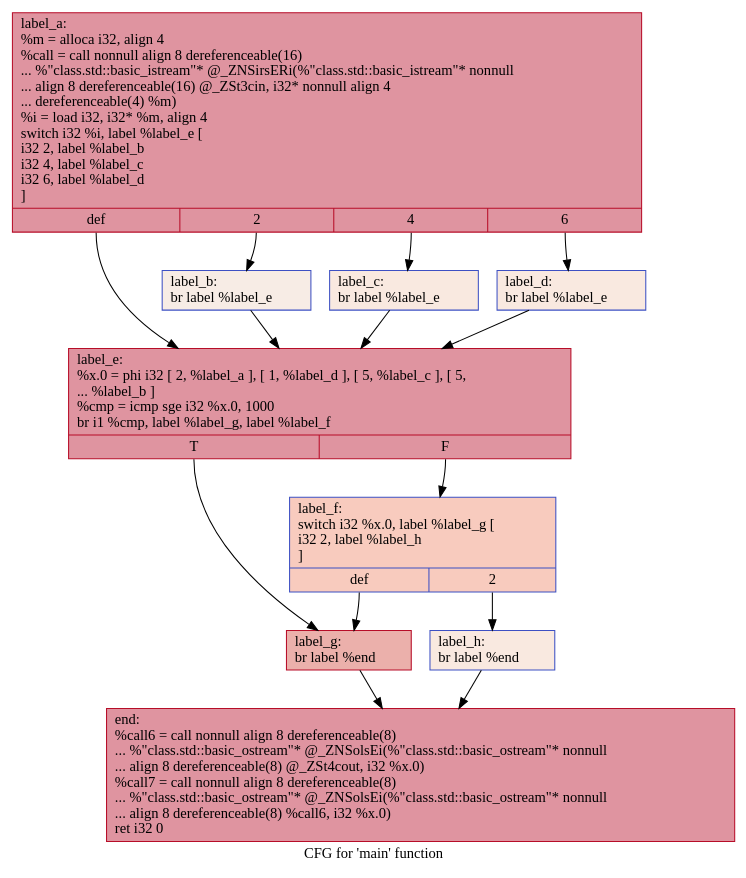
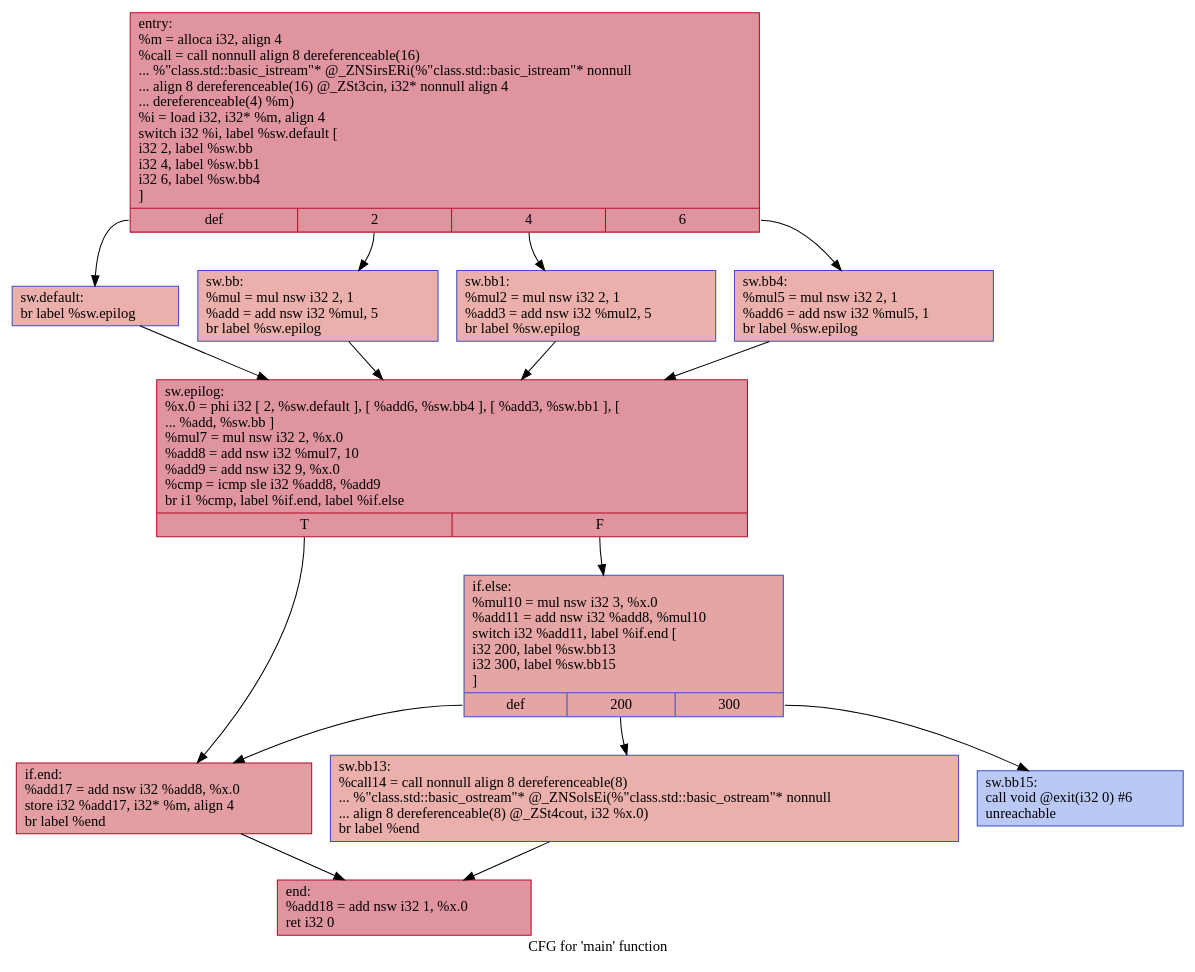
The diagram in IR/cfg/baseline.dot (HPSSA-LLVM/HPSSA-LLVM), drawn with Graphviz before and after one commit. The commit also changed 23 other files, not shown here.

```diff
--- a/IR/cfg/baseline.dot
+++ b/IR/cfg/baseline.dot
@@ -1,26 +1,30 @@
 digraph "CFG for 'main' function" {
 	label="CFG for 'main' function";
 
-	Node0x557325442e50 [shape=record,color="#b70d28ff", style=filled, fillcolor="#b70d2870",label="{label_a:\l  %m = alloca i32, align 4\l  %call = call nonnull align 8 dereferenceable(16)\l... %\"class.std::basic_istream\"* @_ZNSirsERi(%\"class.std::basic_istream\"* nonnull\l... align 8 dereferenceable(16) @_ZSt3cin, i32* nonnull align 4\l... dereferenceable(4) %m)\l  %i = load i32, i32* %m, align 4\l  switch i32 %i, label %label_e [\l    i32 2, label %label_b\l    i32 4, label %label_c\l    i32 6, label %label_d\l  ]\l|{<s0>def|<s1>2|<s2>4|<s3>6}}"];
-	Node0x557325442e50:s0 -> Node0x557325443290;
-	Node0x557325442e50:s1 -> Node0x557325443390;
-	Node0x557325442e50:s2 -> Node0x557325443490;
-	Node0x557325442e50:s3 -> Node0x557325443590;
-	Node0x557325443390 [shape=record,color="#3d50c3ff", style=filled, fillcolor="#ecd3c570",label="{label_b:                                          \l  br label %label_e\l}"];
-	Node0x557325443390 -> Node0x557325443290;
-	Node0x557325443490 [shape=record,color="#3d50c3ff", style=filled, fillcolor="#f1ccb870",label="{label_c:                                          \l  br label %label_e\l}"];
-	Node0x557325443490 -> Node0x557325443290;
-	Node0x557325443590 [shape=record,color="#3d50c3ff", style=filled, fillcolor="#f1ccb870",label="{label_d:                                          \l  br label %label_e\l}"];
-	Node0x557325443590 -> Node0x557325443290;
-	Node0x557325443290 [shape=record,color="#b70d28ff", style=filled, fillcolor="#b70d2870",label="{label_e:                                          \l  %x.0 = phi i32 [ 2, %label_a ], [ 1, %label_d ], [ 5, %label_c ], [ 5,\l... %label_b ]\l  %cmp = icmp sge i32 %x.0, 1000\l  br i1 %cmp, label %label_g, label %label_f\l|{<s0>T|<s1>F}}"];
-	Node0x557325443290:s0 -> Node0x557325443a30;
-	Node0x557325443290:s1 -> Node0x557325443aa0;
-	Node0x557325443aa0 [shape=record,color="#3d50c3ff", style=filled, fillcolor="#ef886b70",label="{label_f:                                          \l  switch i32 %x.0, label %label_g [\l    i32 2, label %label_h\l  ]\l|{<s0>def|<s1>2}}"];
-	Node0x557325443aa0:s0 -> Node0x557325443a30;
-	Node0x557325443aa0:s1 -> Node0x557325443bc0;
-	Node0x557325443a30 [shape=record,color="#b70d28ff", style=filled, fillcolor="#d24b4070",label="{label_g:                                          \l  br label %end\l}"];
-	Node0x557325443a30 -> Node0x557325443eb0;
-	Node0x557325443bc0 [shape=record,color="#3d50c3ff", style=filled, fillcolor="#f1ccb870",label="{label_h:                                          \l  br label %end\l}"];
-	Node0x557325443bc0 -> Node0x557325443eb0;
-	Node0x557325443eb0 [shape=record,color="#b70d28ff", style=filled, fillcolor="#b70d2870",label="{end:                                              \l  %call6 = call nonnull align 8 dereferenceable(8)\l... %\"class.std::basic_ostream\"* @_ZNSolsEi(%\"class.std::basic_ostream\"* nonnull\l... align 8 dereferenceable(8) @_ZSt4cout, i32 %x.0)\l  %call7 = call nonnull align 8 dereferenceable(8)\l... %\"class.std::basic_ostream\"* @_ZNSolsEi(%\"class.std::basic_ostream\"* nonnull\l... align 8 dereferenceable(8) %call6, i32 %x.0)\l  ret i32 0\l}"];
+	Node0x55a42e985260 [shape=record,color="#b70d28ff", style=filled, fillcolor="#b70d2870",label="{entry:\l  %m = alloca i32, align 4\l  %call = call nonnull align 8 dereferenceable(16)\l... %\"class.std::basic_istream\"* @_ZNSirsERi(%\"class.std::basic_istream\"* nonnull\l... align 8 dereferenceable(16) @_ZSt3cin, i32* nonnull align 4\l... dereferenceable(4) %m)\l  %i = load i32, i32* %m, align 4\l  switch i32 %i, label %sw.default [\l    i32 2, label %sw.bb\l    i32 4, label %sw.bb1\l    i32 6, label %sw.bb4\l  ]\l|{<s0>def|<s1>2|<s2>4|<s3>6}}"];
+	Node0x55a42e985260:s0 -> Node0x55a42e9856a0;
+	Node0x55a42e985260:s1 -> Node0x55a42e9857b0;
+	Node0x55a42e985260:s2 -> Node0x55a42e9858b0;
+	Node0x55a42e985260:s3 -> Node0x55a42e9859b0;
+	Node0x55a42e9857b0 [shape=record,color="#3d50c3ff", style=filled, fillcolor="#d24b4070",label="{sw.bb:                                            \l  %mul = mul nsw i32 2, 1\l  %add = add nsw i32 %mul, 5\l  br label %sw.epilog\l}"];
+	Node0x55a42e9857b0 -> Node0x55a42e985c60;
+	Node0x55a42e9858b0 [shape=record,color="#3d50c3ff", style=filled, fillcolor="#d24b4070",label="{sw.bb1:                                           \l  %mul2 = mul nsw i32 2, 1\l  %add3 = add nsw i32 %mul2, 5\l  br label %sw.epilog\l}"];
+	Node0x55a42e9858b0 -> Node0x55a42e985c60;
+	Node0x55a42e9859b0 [shape=record,color="#3d50c3ff", style=filled, fillcolor="#d24b4070",label="{sw.bb4:                                           \l  %mul5 = mul nsw i32 2, 1\l  %add6 = add nsw i32 %mul5, 1\l  br label %sw.epilog\l}"];
+	Node0x55a42e9859b0 -> Node0x55a42e985c60;
+	Node0x55a42e9856a0 [shape=record,color="#3d50c3ff", style=filled, fillcolor="#d24b4070",label="{sw.default:                                       \l  br label %sw.epilog\l}"];
+	Node0x55a42e9856a0 -> Node0x55a42e985c60;
+	Node0x55a42e985c60 [shape=record,color="#b70d28ff", style=filled, fillcolor="#b70d2870",label="{sw.epilog:                                        \l  %x.0 = phi i32 [ 2, %sw.default ], [ %add6, %sw.bb4 ], [ %add3, %sw.bb1 ], [\l... %add, %sw.bb ]\l  %mul7 = mul nsw i32 2, %x.0\l  %add8 = add nsw i32 %mul7, 10\l  %add9 = add nsw i32 9, %x.0\l  %cmp = icmp sle i32 %add8, %add9\l  br i1 %cmp, label %if.end, label %if.else\l|{<s0>T|<s1>F}}"];
+	Node0x55a42e985c60:s0 -> Node0x55a42e986740;
+	Node0x55a42e985c60:s1 -> Node0x55a42e9867b0;
+	Node0x55a42e9867b0 [shape=record,color="#3d50c3ff", style=filled, fillcolor="#c5333470",label="{if.else:                                          \l  %mul10 = mul nsw i32 3, %x.0\l  %add11 = add nsw i32 %add8, %mul10\l  switch i32 %add11, label %if.end [\l    i32 200, label %sw.bb13\l    i32 300, label %sw.bb15\l  ]\l|{<s0>def|<s1>200|<s2>300}}"];
+	Node0x55a42e9867b0:s0 -> Node0x55a42e986740;
+	Node0x55a42e9867b0:s1 -> Node0x55a42e986a90;
+	Node0x55a42e9867b0:s2 -> Node0x55a42e986e50;
+	Node0x55a42e986a90 [shape=record,color="#3d50c3ff", style=filled, fillcolor="#d24b4070",label="{sw.bb13:                                          \l  %call14 = call nonnull align 8 dereferenceable(8)\l... %\"class.std::basic_ostream\"* @_ZNSolsEi(%\"class.std::basic_ostream\"* nonnull\l... align 8 dereferenceable(8) @_ZSt4cout, i32 %x.0)\l  br label %end\l}"];
+	Node0x55a42e986a90 -> Node0x55a42e9871f0;
+	Node0x55a42e986e50 [shape=record,color="#3d50c3ff", style=filled, fillcolor="#6282ea70",label="{sw.bb15:                                          \l  call void @exit(i32 0) #6\l  unreachable\l}"];
+	Node0x55a42e986740 [shape=record,color="#b70d28ff", style=filled, fillcolor="#be242e70",label="{if.end:                                           \l  %add17 = add nsw i32 %add8, %x.0\l  store i32 %add17, i32* %m, align 4\l  br label %end\l}"];
+	Node0x55a42e986740 -> Node0x55a42e9871f0;
+	Node0x55a42e9871f0 [shape=record,color="#b70d28ff", style=filled, fillcolor="#b70d2870",label="{end:                                              \l  %add18 = add nsw i32 1, %x.0\l  ret i32 0\l}"];
 }
```
